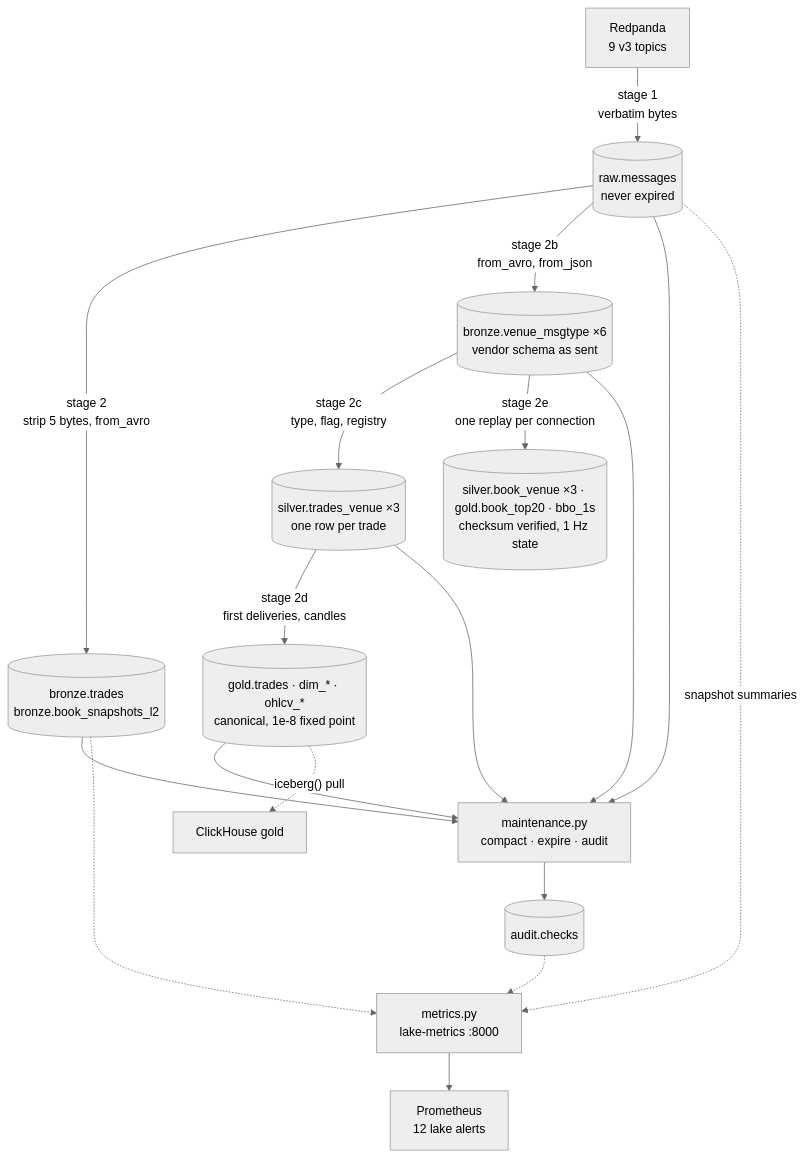
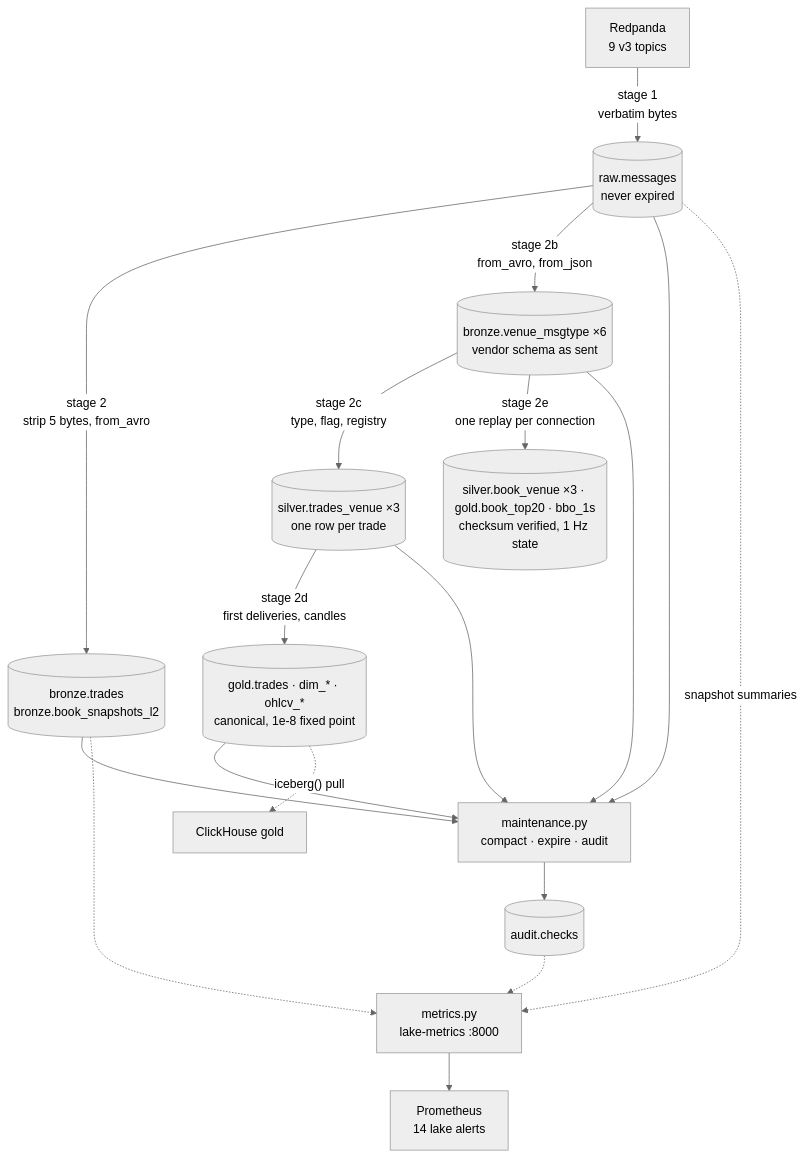
Before and after one commit to rjdscott/k2-market-data-platform: the diagram in docker/lake/README.md, drawn with Mermaid (neutral theme). The commit also changed other lines of this file and 16 other files, not shown here.

````diff
--- a/docker/lake/README.md
+++ b/docker/lake/README.md
@@ -45,20 +45,20 @@
 ```mermaid
 flowchart TB
   RP[Redpanda<br/>9 v3 topics] -->|stage 1<br/>verbatim bytes| RAW[(raw.messages<br/>never expired)]
   RAW -->|stage 2<br/>strip 5 bytes, from_avro| BR[(bronze.trades<br/>bronze.book_snapshots_l2)]
   RAW -->|stage 2b<br/>from_avro, from_json| BV[(bronze.venue_msgtype ×6<br/>vendor schema as sent)]
   BV -->|stage 2c<br/>type, flag, registry| SV[(silver.trades_venue ×3<br/>one row per trade)]
   SV -->|stage 2d<br/>first deliveries, candles| GD[(gold.trades · dim_* · ohlcv_*<br/>canonical, 1e-8 fixed point)]
   BV -->|stage 2e<br/>one replay per connection| BK[(silver.book_venue ×3 · gold.book_top20 · bbo_1s<br/>checksum verified, 1 Hz state)]
   RAW --> MNT[maintenance.py<br/>compact · expire · audit]
   BR --> MNT
   BV --> MNT
   SV --> MNT
   GD --> MNT
   GD -.iceberg() pull.-> CH[ClickHouse gold]
   MNT --> AUD[(audit.checks)]
   RAW -.snapshot summaries.-> MET[metrics.py<br/>lake-metrics :8000]
   BR -.-> MET
   AUD -.-> MET
-  MET --> PROM[Prometheus<br/>12 lake alerts]
+  MET --> PROM[Prometheus<br/>14 lake alerts]
 ```
````
